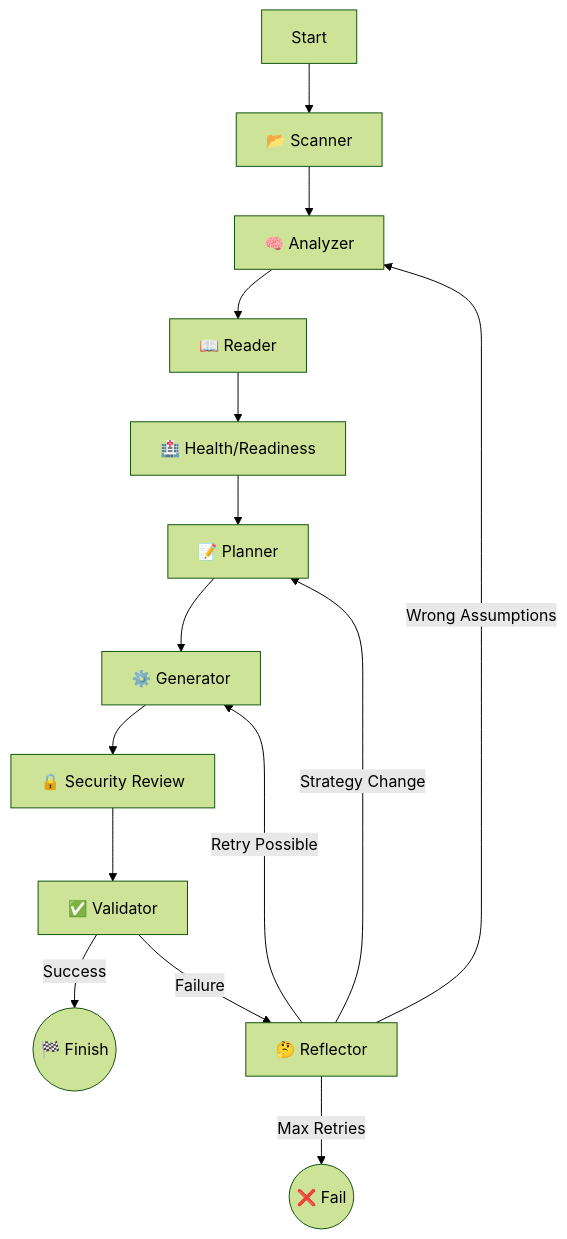
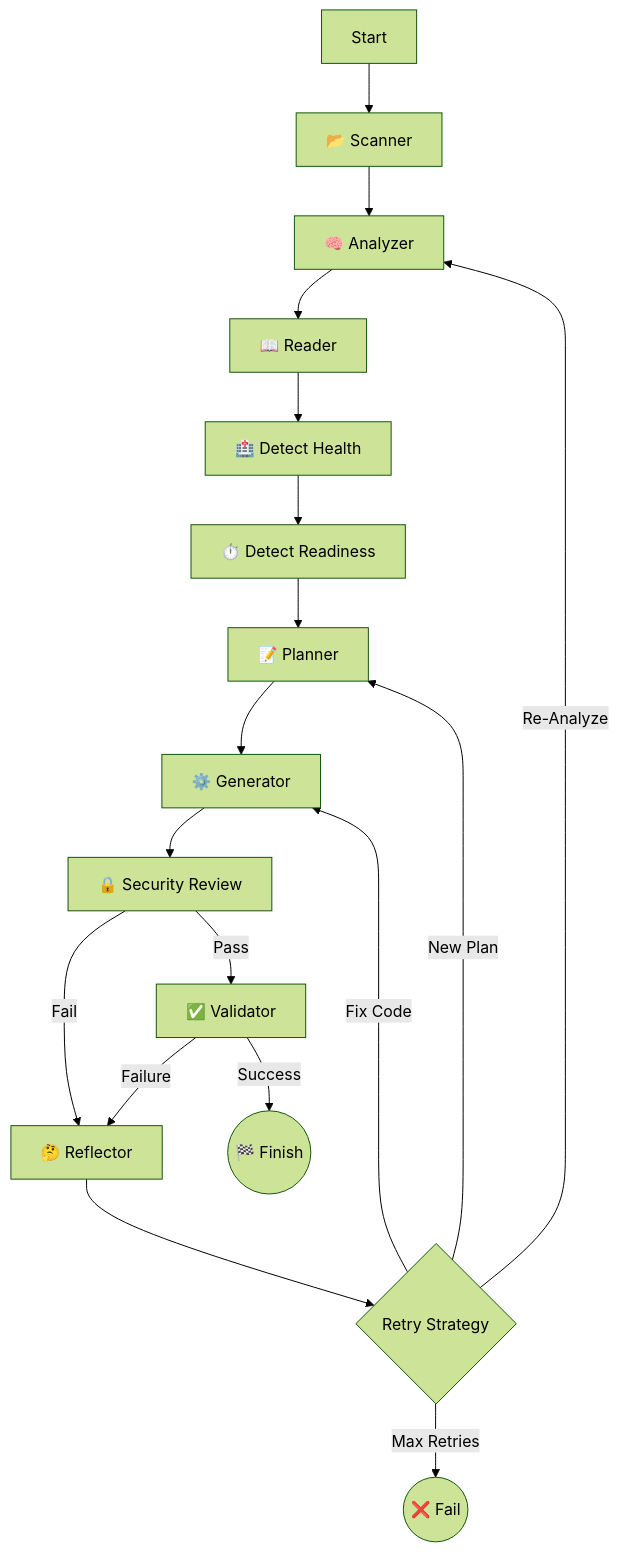
Before and after one commit to actions-marketplace-validations/itzzjb_dockai: the diagram in README.md, drawn with Mermaid (forest theme).

Commit message:
feat: Enhance Mermaid diagram to detail health/readiness detection, security review failure, and retry strategies.

````diff
--- a/README.md
+++ b/README.md
@@ -58,19 +58,23 @@
 ```mermaid
 graph TD
     Start --> Scan[📂 Scanner]
     Scan --> Analyze[🧠 Analyzer]
     Analyze --> Read[📖 Reader]
-    Read --> Detect[🏥 Health/Readiness]
-    Detect --> Plan[📝 Planner]
+    Read --> Health[🏥 Detect Health]
+    Health --> Ready[⏱️ Detect Readiness]
+    Ready --> Plan[📝 Planner]
     Plan --> Generate[⚙️ Generator]
     Generate --> Review[🔒 Security Review]
-    Review --> Validate[✅ Validator]
+    
+    Review -- Pass --> Validate[✅ Validator]
+    Review -- Fail --> Reflect[🤔 Reflector]
     
     Validate -- Success --> End((🏁 Finish))
-    Validate -- Failure --> Reflect[🤔 Reflector]
+    Validate -- Failure --> Reflect
     
-    Reflect -- Retry Possible --> Generate
-    Reflect -- Strategy Change --> Plan
-    Reflect -- Wrong Assumptions --> Analyze
-    Reflect -- Max Retries --> Fail((❌ Fail))
+    Reflect --> Retry{Retry Strategy}
+    Retry -- Fix Code --> Generate
+    Retry -- New Plan --> Plan
+    Retry -- Re-Analyze --> Analyze
+    Retry -- Max Retries --> Fail((❌ Fail))
 ```
````
